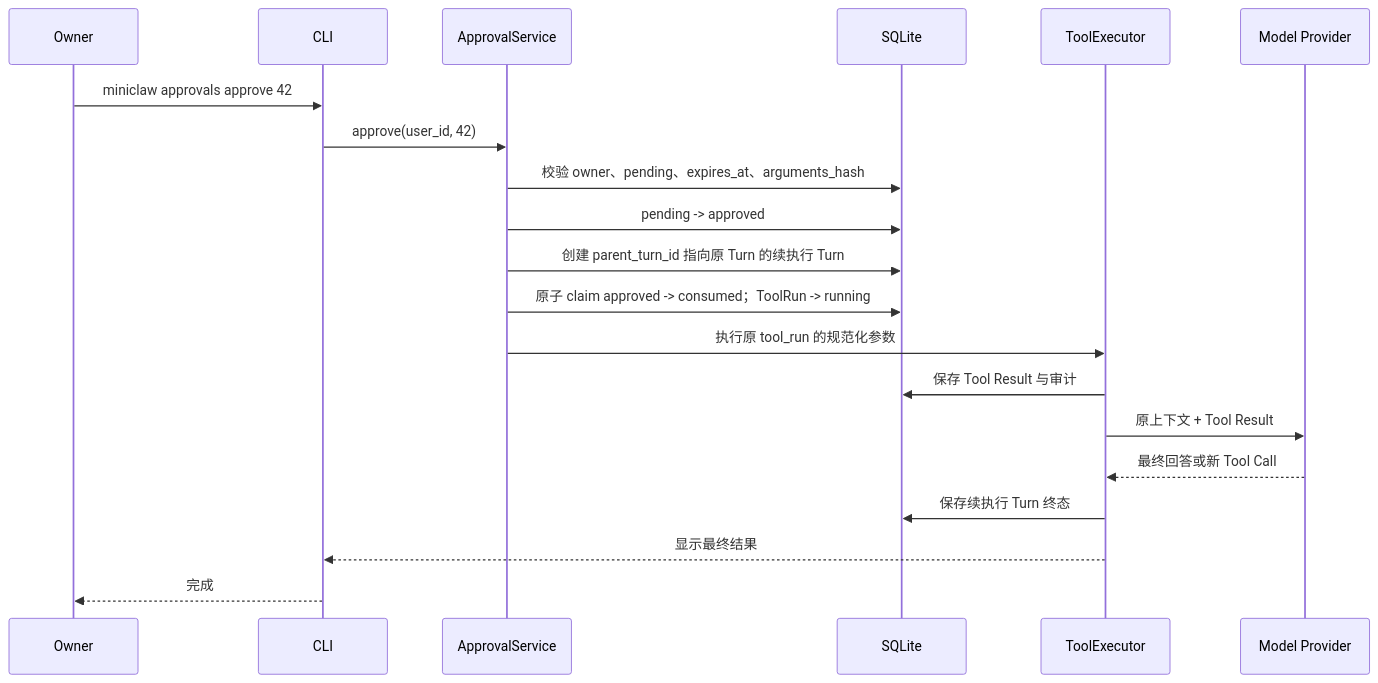
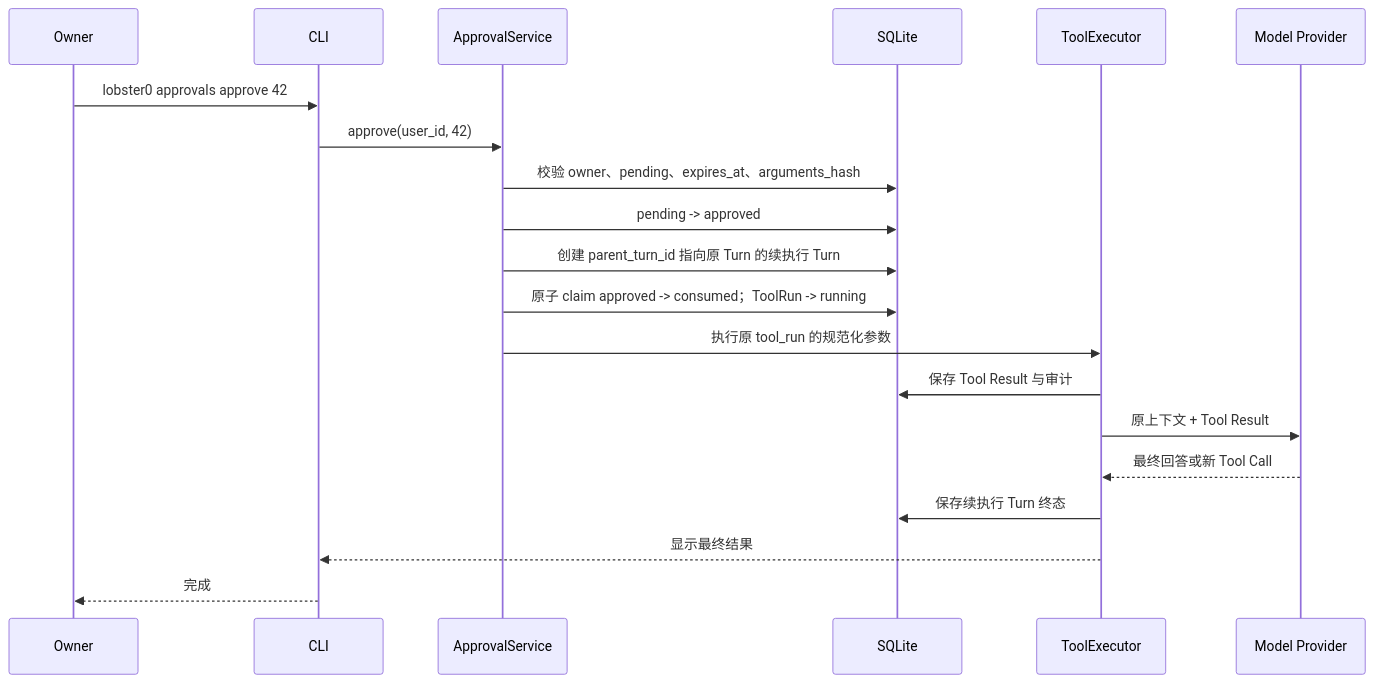
Diagram 14 of 17 in docs/superpowers/specs/2026-08-07-phase-2-tools-security-design.md (NEDONION/lobster0), drawn with Mermaid before and after one commit. The commit also changed other lines of this file and 221 other files, not shown here.

````diff
--- a/docs/superpowers/specs/2026-08-07-phase-2-tools-security-design.md
+++ b/docs/superpowers/specs/2026-08-07-phase-2-tools-security-design.md
@@ -748,23 +748,23 @@
 ```mermaid
 sequenceDiagram
     participant User as Owner
     participant CLI as CLI
     participant Approval as ApprovalService
     participant DB as SQLite
     participant Executor as ToolExecutor
     participant Model as Model Provider
 
-    User->>CLI: miniclaw approvals approve 42
+    User->>CLI: lobster0 approvals approve 42
     CLI->>Approval: approve(user_id, 42)
     Approval->>DB: 校验 owner、pending、expires_at、arguments_hash
     Approval->>DB: pending -> approved
     Approval->>DB: 创建 parent_turn_id 指向原 Turn 的续执行 Turn
     Approval->>DB: 原子 claim approved -> consumed；ToolRun -> running
     Approval->>Executor: 执行原 tool_run 的规范化参数
     Executor->>DB: 保存 Tool Result 与审计
     Executor->>Model: 原上下文 + Tool Result
     Model-->>Executor: 最终回答或新 Tool Call
     Executor->>DB: 保存续执行 Turn 终态
     Executor-->>CLI: 显示最终结果
     CLI-->>User: 完成
 ```
````
